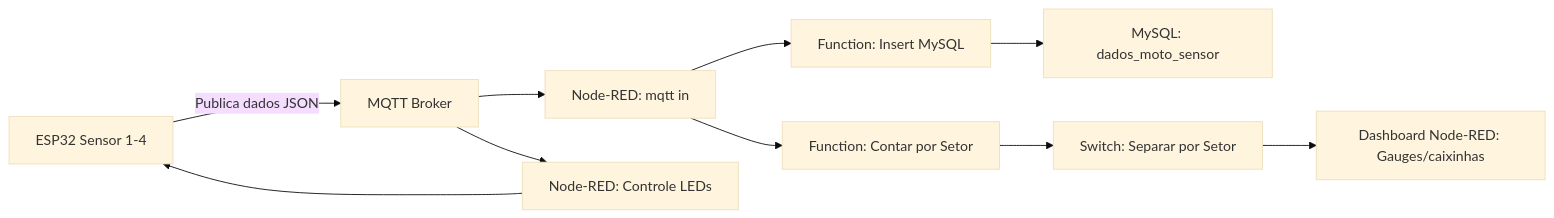
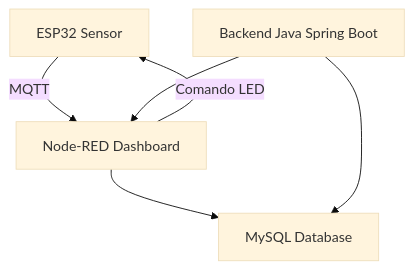
The first of 3 diagrams in README.md (giovannarevitoroz/sprint03-mottu-motion-iot), drawn with Mermaid (base theme) before and after one commit. The commit also changed other lines of this file, not shown here.

````diff
--- a/README.md
+++ b/README.md
@@ -70,12 +56,8 @@
 ```mermaid
-flowchart LR
-    A[ESP32 Sensor 1-4] -->|Publica dados JSON| B[MQTT Broker]
-    B --> C[Node-RED: mqtt in]
-    C --> D[Function: Insert MySQL]
-    D --> E[MySQL: dados_moto_sensor]
-    C --> F[Function: Contar por Setor]
-    F --> G[Switch: Separar por Setor]
-    G --> H[Dashboard Node-RED: Gauges/caixinhas]
-    B --> I[Node-RED: Controle LEDs]
-    I --> A
+graph TD
+    A[ESP32 Sensor] -->|MQTT| B[Node-RED Dashboard]
+    B --> C[MySQL Database]
+    B -->|Comando LED| A
+    D[Backend Java Spring Boot] --> C
+    D --> B
 ```
````
